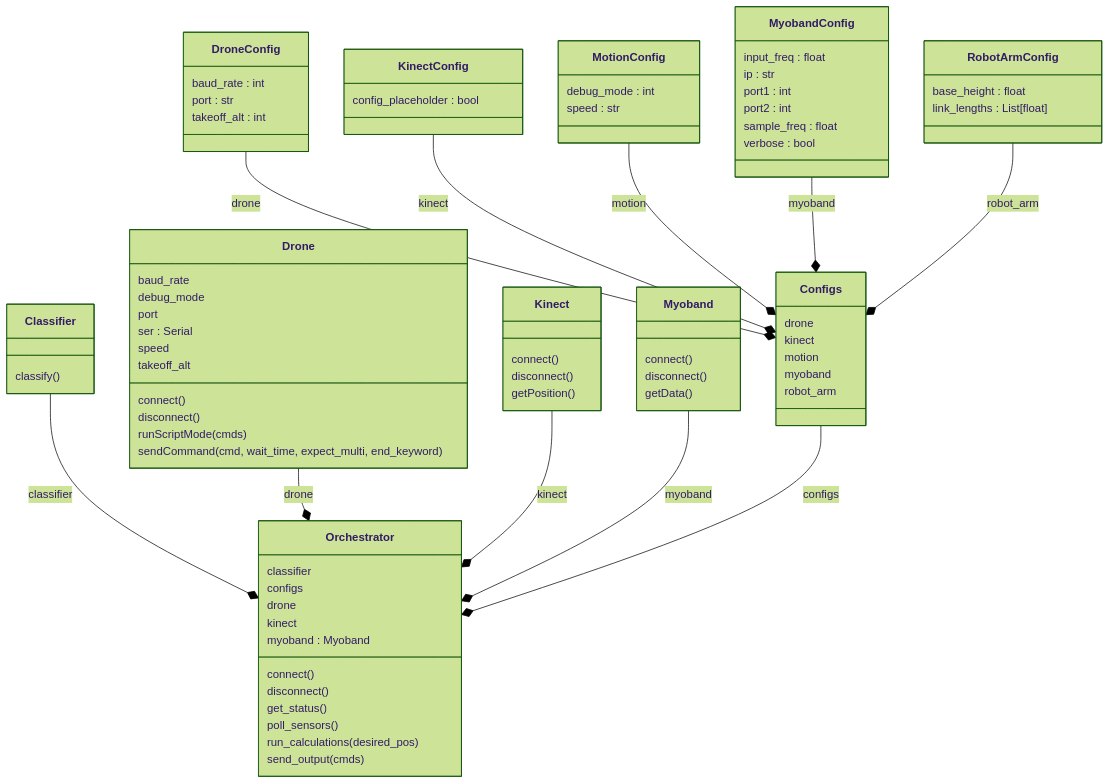
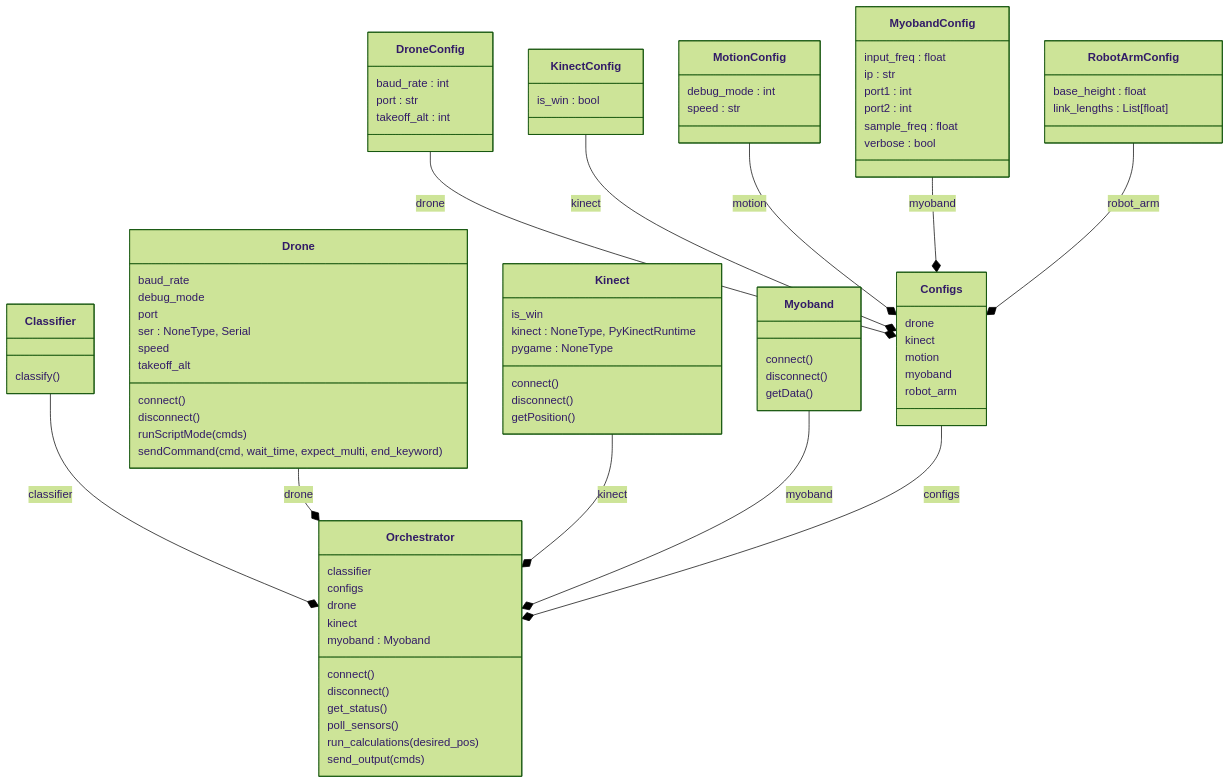
The diagram in classes.mmd (slesser6/myobotanica), drawn with Mermaid (forest theme) before and after one commit.

Commit message:
update diagrams

```diff
--- a/classes.mmd
+++ b/classes.mmd
@@ -1,80 +1,83 @@
 classDiagram
   class Classifier {
     classify()
   }
   class Configs {
     drone
     kinect
     motion
     myoband
     robot_arm
   }
   class Drone {
     baud_rate
     debug_mode
     port
-    ser : Serial
+    ser : NoneType, Serial
     speed
     takeoff_alt
     connect()
     disconnect()
     runScriptMode(cmds)
     sendCommand(cmd, wait_time, expect_multi, end_keyword)
   }
   class DroneConfig {
     baud_rate : int
     port : str
     takeoff_alt : int
   }
   class Kinect {
+    is_win
+    kinect : NoneType, PyKinectRuntime
+    pygame : NoneType
     connect()
     disconnect()
     getPosition()
   }
   class KinectConfig {
-    config_placeholder : bool
+    is_win : bool
   }
   class MotionConfig {
     debug_mode : int
     speed : str
   }
   class Myoband {
     connect()
     disconnect()
     getData()
   }
   class MyobandConfig {
     input_freq : float
     ip : str
     port1 : int
     port2 : int
     sample_freq : float
     verbose : bool
   }
   class Orchestrator {
     classifier
     configs
     drone
     kinect
     myoband : Myoband
     connect()
     disconnect()
     get_status()
     poll_sensors()
     run_calculations(desired_pos)
     send_output(cmds)
   }
   class RobotArmConfig {
     base_height : float
     link_lengths : List[float]
   }
   Classifier --* Orchestrator : classifier
   Drone --* Orchestrator : drone
   Kinect --* Orchestrator : kinect
   Myoband --* Orchestrator : myoband
   Configs --* Orchestrator : configs
   DroneConfig --* Configs : drone
   KinectConfig --* Configs : kinect
   MotionConfig --* Configs : motion
   MyobandConfig --* Configs : myoband
   RobotArmConfig --* Configs : robot_arm
```
